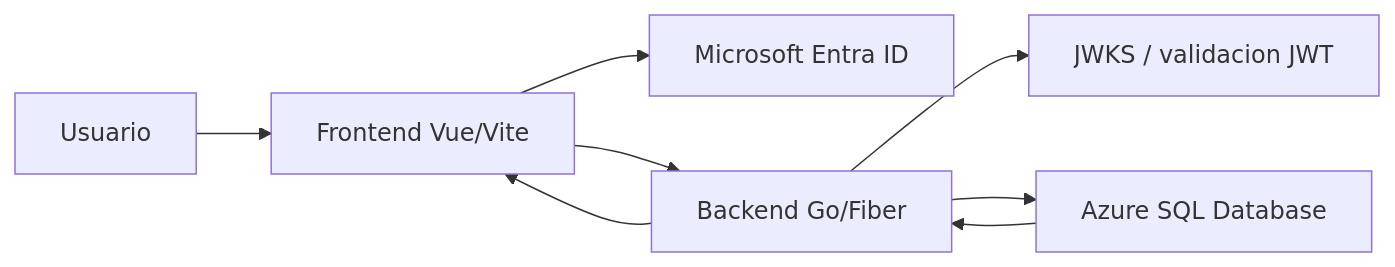
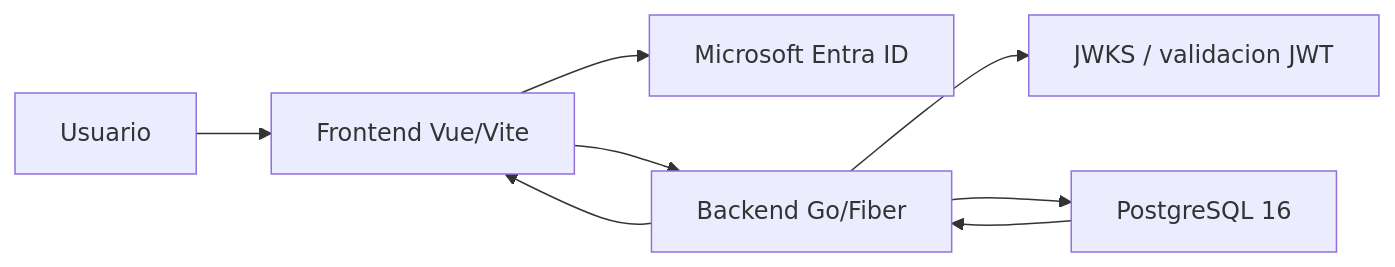
One commit to Nicolas-Montana-Baeza/Poli-REDI changed the first of 2 diagrams in docs/02-arquitectura.md. Above: the diagram before and after it, drawn with Mermaid. The commit also changed other lines of this file and 32 other files, not shown here.

Commit message:
refactor: complete PostgreSQL MVP2 migration

````diff
--- a/docs/02-arquitectura.md
+++ b/docs/02-arquitectura.md
@@ -9,10 +9,10 @@
 ```mermaid
 flowchart LR
   User["Usuario"] --> Frontend["Frontend Vue/Vite"]
   Frontend --> Entra["Microsoft Entra ID"]
   Frontend --> API["Backend Go/Fiber"]
   API --> EntraKeys["JWKS / validacion JWT"]
-  API --> DB["Azure SQL Database"]
+  API --> DB["PostgreSQL 16"]
   DB --> API
   API --> Frontend
 ```
````
